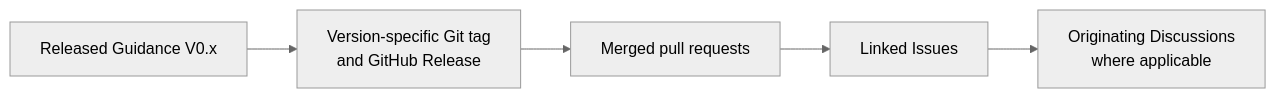
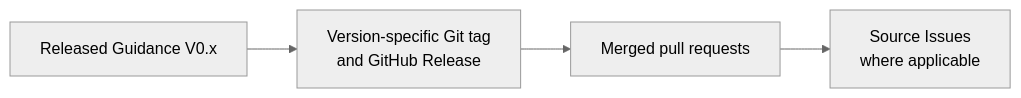
The second of 4 diagrams in GOVERNANCE.md (jvieille/ekr), drawn with Mermaid (neutral theme) before and after one commit. The commit also changed other lines of this file and 10 other files, not shown here.

````diff
--- a/GOVERNANCE.md
+++ b/GOVERNANCE.md
@@ -122,7 +135,6 @@
 ```mermaid
 flowchart LR
     R[Released Guidance V0.x] --> T["Version-specific Git tag<br/>and GitHub Release"]
     T --> P[Merged pull requests]
-    P --> I[Linked Issues]
-    I --> D["Originating Discussions<br/>where applicable"]
+    P --> I["Source Issues<br/>where applicable"]
 ```
````
